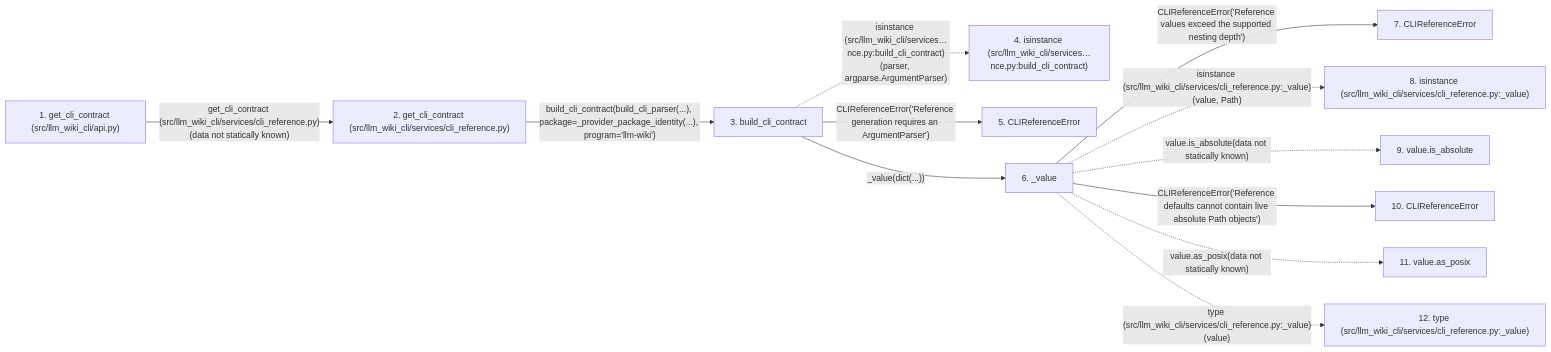
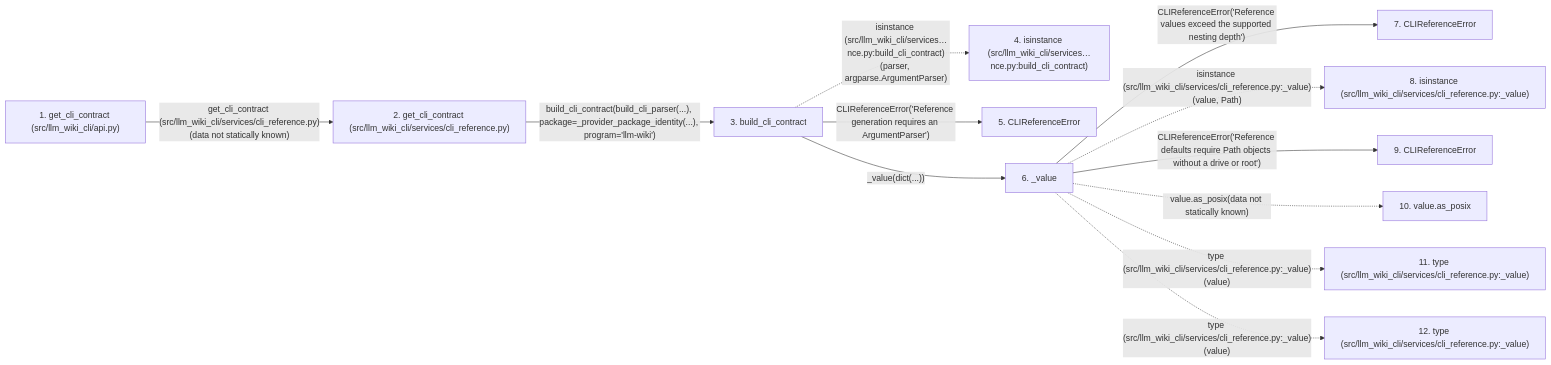
The second of 2 diagrams in docs/llm_wiki/flows/api-get_cli_contract.md (Denissvgn/python-wiki-llm), drawn with Mermaid before and after one commit. The commit also changed other lines of this file and 364 other files, not shown here.

````diff
--- a/docs/llm_wiki/flows/api-get_cli_contract.md
+++ b/docs/llm_wiki/flows/api-get_cli_contract.md
@@ -139,33 +139,33 @@
 ```mermaid
 flowchart LR
     s1["1. get_cli_contract (src/llm_wiki_cli/api.py)"]
     s2["2. get_cli_contract (src/llm_wiki_cli/services/cli_reference.py)"]
     s3["3. build_cli_contract"]
     s4["4. isinstance (src/llm_wiki_cli/services…nce.py:build_cli_contract)"]
     s5["5. CLIReferenceError"]
     s6["6. _value"]
     s7["7. CLIReferenceError"]
     s8["8. isinstance (src/llm_wiki_cli/services/cli_reference.py:_value)"]
-    s9["9. value.is_absolute"]
-    s10["10. CLIReferenceError"]
-    s11["11. value.as_posix"]
+    s9["9. CLIReferenceError"]
+    s10["10. value.as_posix"]
+    s11["11. type (src/llm_wiki_cli/services/cli_reference.py:_value)"]
     s12["12. type (src/llm_wiki_cli/services/cli_reference.py:_value)"]
     s1 -->|"get_cli_contract (src/llm_wiki_cli/services/cli_reference.py)(data not statically known)"| s2
     s2 -->|"build_cli_contract(build_cli_parser(...), package=_provider_package_identity(...), program='llm-wiki')"| s3
     s3 -. "isinstance (src/llm_wiki_cli/services…nce.py:build_cli_contract)(parser, argparse.ArgumentParser)" .-> s4
     s3 -->|"CLIReferenceError('Reference generation requires an ArgumentParser')"| s5
     s3 -->|"_value(dict(...))"| s6
     s6 -->|"CLIReferenceError('Reference values exceed the supported nesting depth')"| s7
     s6 -. "isinstance (src/llm_wiki_cli/services/cli_reference.py:_value)(value, Path)" .-> s8
-    s6 -. "value.is_absolute(data not statically known)" .-> s9
-    s6 -->|"CLIReferenceError('Reference defaults cannot contain live absolute Path objects')"| s10
-    s6 -. "value.as_posix(data not statically known)" .-> s11
+    s6 -->|"CLIReferenceError('Reference defaults require Path objects without a drive or root')"| s9
+    s6 -. "value.as_posix(data not statically known)" .-> s10
+    s6 -. "type (src/llm_wiki_cli/services/cli_reference.py:_value)(value)" .-> s11
     s6 -. "type (src/llm_wiki_cli/services/cli_reference.py:_value)(value)" .-> s12
     click s1 "../modules/api.md"
     click s2 "../modules/cli_reference.md"
     click s3 "../modules/cli_reference.md"
     click s5 "../modules/cli_reference.md"
     click s6 "../modules/cli_reference.md"
     click s7 "../modules/cli_reference.md"
-    click s10 "../modules/cli_reference.md"
+    click s9 "../modules/cli_reference.md"
 ```
````
